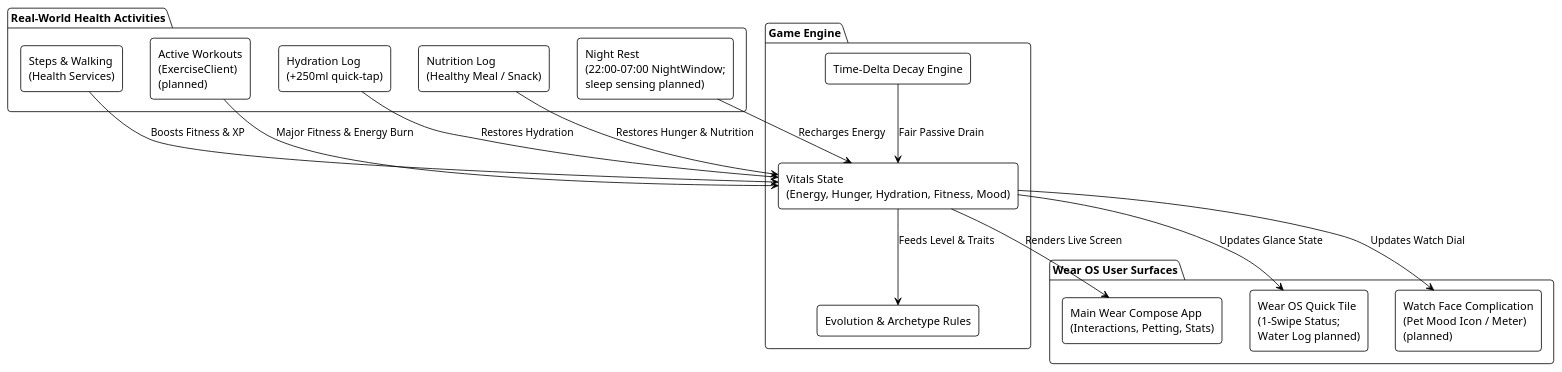
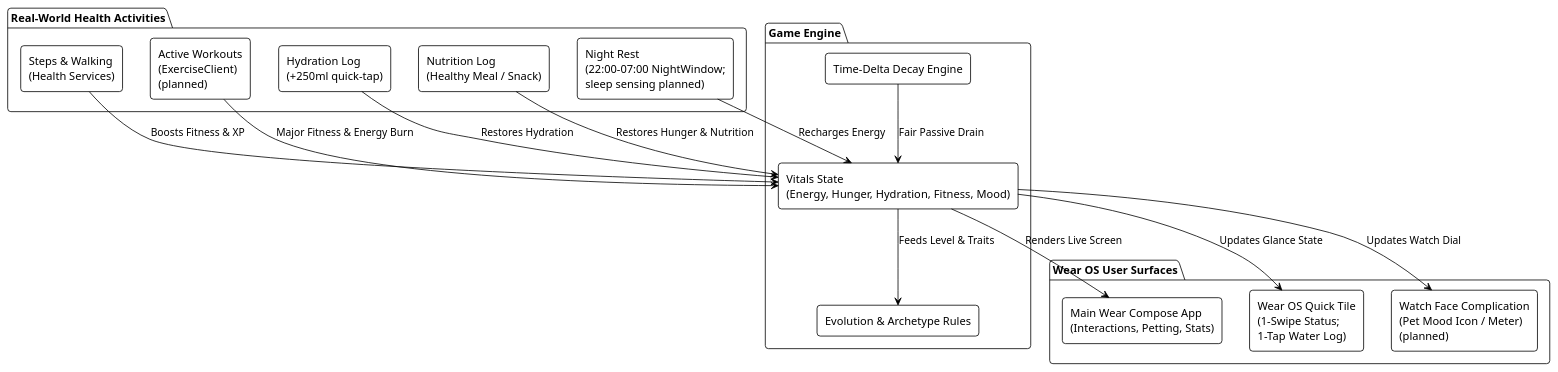
The first of 7 diagrams in docs/ARCHITECTURE.md (DunderGG/health-companion), drawn with PlantUML before and after one commit. The commit also changed other lines of this file and 11 other files, not shown here.

First line of the commit message:
Interactive tile: 1-tap "+250ml Water" button

````diff
--- a/docs/ARCHITECTURE.md
+++ b/docs/ARCHITECTURE.md
@@ -12,39 +12,39 @@
 ```plantuml
 @startuml System_Interaction_Flow
 !theme plain
 skinparam componentStyle rectangle
 skinparam roundCorner 8
 
 package "Real-World Health Activities" as RealWorld {
     [Steps & Walking\n(Health Services)] as Steps
     [Active Workouts\n(ExerciseClient)\n(planned)] as Workouts
     [Hydration Log\n(+250ml quick-tap)] as Water
     [Nutrition Log\n(Healthy Meal / Snack)] as Food
     [Night Rest\n(22:00–07:00 NightWindow;\nsleep sensing planned)] as Sleep
 }
 
 package "Game Engine" as PetEngine {
     [Time-Delta Decay Engine] as Decay
     [Vitals State\n(Energy, Hunger, Hydration, Fitness, Mood)] as Vitals
     [Evolution & Archetype Rules] as Evo
 }
 
 package "Wear OS User Surfaces" as WearSurfaces {
     [Main Wear Compose App\n(Interactions, Petting, Stats)] as MainApp
-    [Wear OS Quick Tile\n(1-Swipe Status;\nWater Log planned)] as Tile
+    [Wear OS Quick Tile\n(1-Swipe Status;\n1-Tap Water Log)] as Tile
     [Watch Face Complication\n(Pet Mood Icon / Meter)\n(planned)] as Complication
 }
 
 Steps --> Vitals : Boosts Fitness & XP
 Workouts --> Vitals : Major Fitness & Energy Burn
 Water --> Vitals : Restores Hydration
 Food --> Vitals : Restores Hunger & Nutrition
 Sleep --> Vitals : Recharges Energy
 Decay --> Vitals : Fair Passive Drain
 
 Vitals --> Evo : Feeds Level & Traits
 Vitals --> MainApp : Renders Live Screen
 Vitals --> Tile : Updates Glance State
 Vitals --> Complication : Updates Watch Dial
 @enduml
 ```
````
